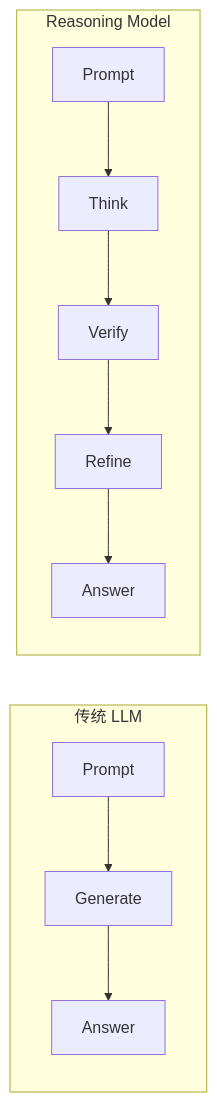
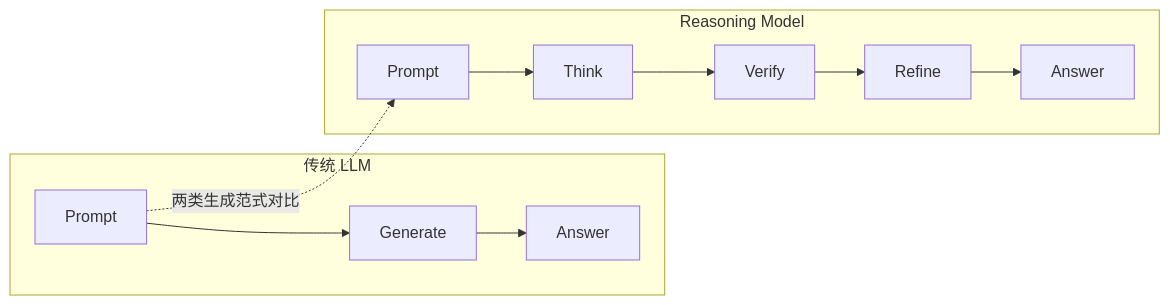
Before and after one commit to AI-learning-simple/Build-Your-Own-LLM: the seventh of 12 diagrams in 1. LLM基础/15. 大语言模型（LLM）.md, drawn with Mermaid. The commit also changed 2 other files, not shown here.

Commit message:
small fix

````diff
--- a/1. LLM基础/15. 大语言模型（LLM）.md
+++ b/1. LLM基础/15. 大语言模型（LLM）.md
@@ -241,9 +241,10 @@
 ```mermaid
 flowchart LR
     subgraph "传统 LLM"
     A1[Prompt] --> A2[Generate] --> A3[Answer]
     end
     subgraph "Reasoning Model"
     B1[Prompt] --> B2[Think] --> B3[Verify] --> B4[Refine] --> B5[Answer]
     end
+    A1 -.两类生成范式对比.-> B1
 ```
````
